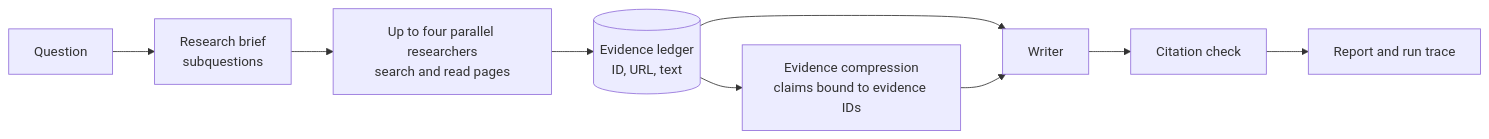
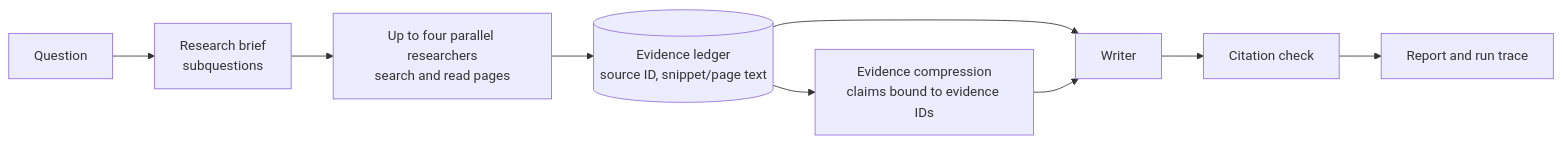
Before and after one commit to huichimegumi/deepsearch-agents: the third of 3 diagrams in README.md, drawn with Mermaid. The commit also changed other lines of this file, not shown here.

Commit message:
docs: add architecture overview and evaluation-focused README guide

````diff
--- a/README.md
+++ b/README.md
@@ -212,11 +264,11 @@
 ```mermaid
 flowchart LR
     Q[Question] --> B[Research brief<br/>subquestions]
     B --> P[Up to four parallel researchers<br/>search and read pages]
-    P --> E[(Evidence ledger<br/>ID, URL, text)]
+    P --> E[(Evidence ledger<br/>source ID, snippet/page text)]
     E --> C[Evidence compression<br/>claims bound to evidence IDs]
     E --> W[Writer]
     C --> W
     W --> V[Citation check]
     V --> O[Report and run trace]
 ```
````
